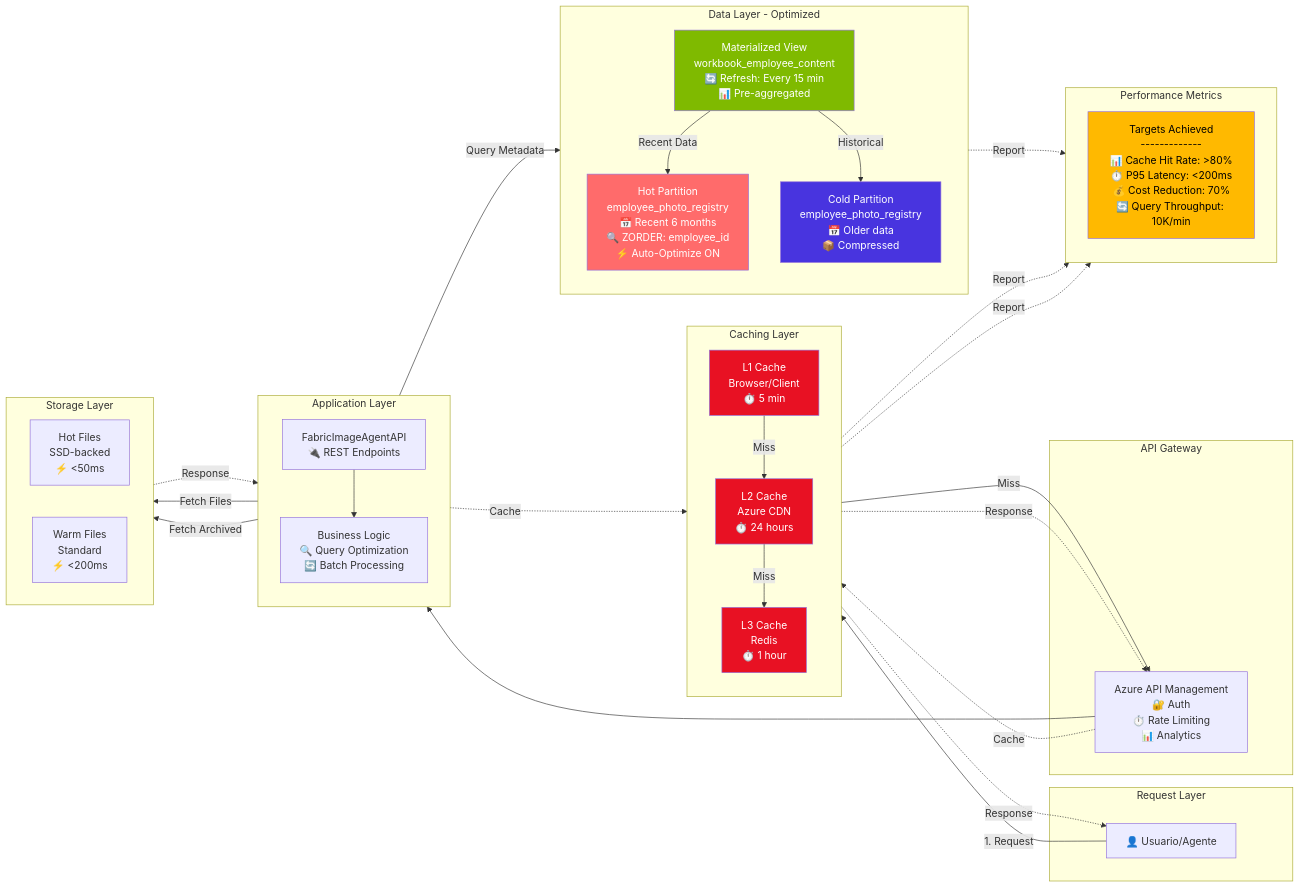
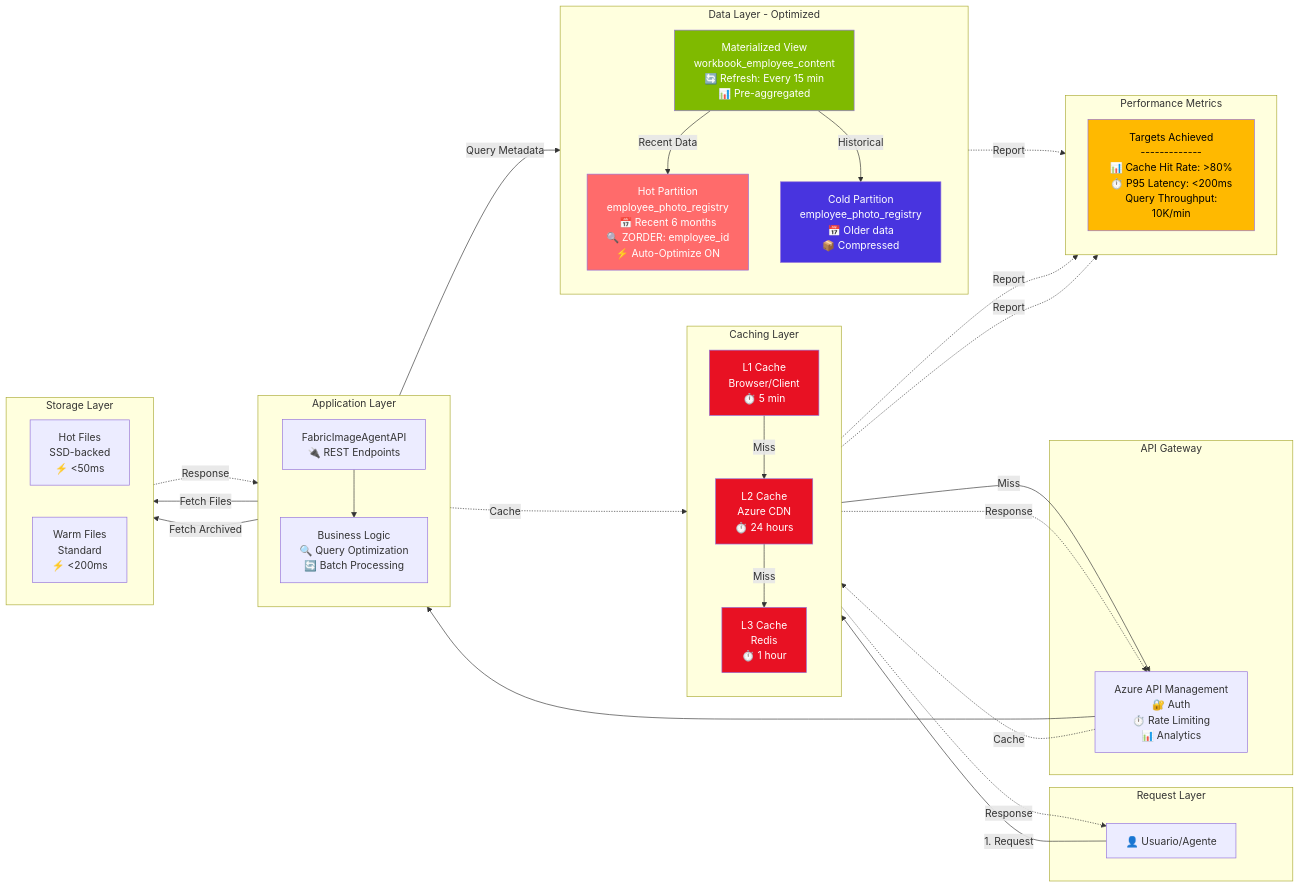
The eighth of 8 diagrams in ARQUITECTURA_DIAGRAMAS.md (RogerMicrosoftCode/APP_Fabric_IMG64), drawn with Mermaid before and after one commit. The commit also changed other lines of this file and 6 other files, not shown here.

````diff
--- a/ARQUITECTURA_DIAGRAMAS.md
+++ b/ARQUITECTURA_DIAGRAMAS.md
@@ -545,81 +544,81 @@
 ```mermaid
 graph LR
     subgraph "Request Layer"
         USER[👤 Usuario/Agente]
     end
     
     subgraph "Caching Layer"
         direction TB
         L1[L1 Cache<br/>Browser/Client<br/>⏱️ 5 min]
         L2[L2 Cache<br/>Azure CDN<br/>⏱️ 24 hours]
         L3[L3 Cache<br/>Redis<br/>⏱️ 1 hour]
     end
     
     subgraph "API Gateway"
         AGW[Azure API Management<br/>🔐 Auth<br/>⏱️ Rate Limiting<br/>📊 Analytics]
     end
     
     subgraph "Application Layer"
         direction TB
         API[FabricImageAgentAPI<br/>🔌 REST Endpoints]
         BL[Business Logic<br/>🔍 Query Optimization<br/>🔄 Batch Processing]
     end
     
     subgraph "Data Layer - Optimized"
         direction TB
         
         MAT_VIEW[Materialized View<br/>workbook_employee_content<br/>🔄 Refresh: Every 15 min<br/>📊 Pre-aggregated]
         
         HOT_PART[Hot Partition<br/>employee_photo_registry<br/>📅 Recent 6 months<br/>🔍 ZORDER: employee_id<br/>⚡ Auto-Optimize ON]
         
         COLD_PART[Cold Partition<br/>employee_photo_registry<br/>📅 Older data<br/>📦 Compressed]
     end
     
     subgraph "Storage Layer"
         direction LR
         HOT_FILES[Hot Files<br/>SSD-backed<br/>⚡ <50ms]
         
         WARM_FILES[Warm Files<br/>Standard<br/>⚡ <200ms]
     end
     
     %% Flujo de Request
     USER -->|1. Request| L1
     L1 -->|Miss| L2
     L2 -->|Miss| L3
     L3 -->|Miss| AGW
     
     AGW --> API
     API --> BL
     
     BL -->|Query Metadata| MAT_VIEW
     MAT_VIEW -->|Recent Data| HOT_PART
     MAT_VIEW -->|Historical| COLD_PART
     
     BL -->|Fetch Files| HOT_FILES
     BL -->|Fetch Archived| WARM_FILES
     
     %% Flujo de Response
     HOT_FILES -.->|Response| BL
     BL -.->|Cache| L3
     L3 -.->|Response| AGW
     AGW -.->|Cache| L2
     L2 -.->|Response| USER
     
     %% Métricas de Optimización
     subgraph "Performance Metrics"
         direction TB
-        METRICS[Targets Achieved<br/>-------------<br/>📊 Cache Hit Rate: >80%<br/>⏱️ P95 Latency: <200ms<br/>💰 Cost Reduction: 70%<br/>🔄 Query Throughput: 10K/min]
+        METRICS[Targets Achieved<br/>-------------<br/>📊 Cache Hit Rate: >80%<br/>⏱️ P95 Latency: <200ms<br/> Query Throughput: 10K/min]
     end
     
     L2 -.->|Report| METRICS
     L3 -.->|Report| METRICS
     MAT_VIEW -.->|Report| METRICS
     
     style L1 fill:#E81123,color:#fff
     style L2 fill:#E81123,color:#fff
     style L3 fill:#E81123,color:#fff
     style MAT_VIEW fill:#7FBA00,color:#fff
     style HOT_PART fill:#ff6b6b,color:#fff
     style COLD_PART fill:#4834df,color:#fff
     style METRICS fill:#FFB900,color:#000
 ```
````
